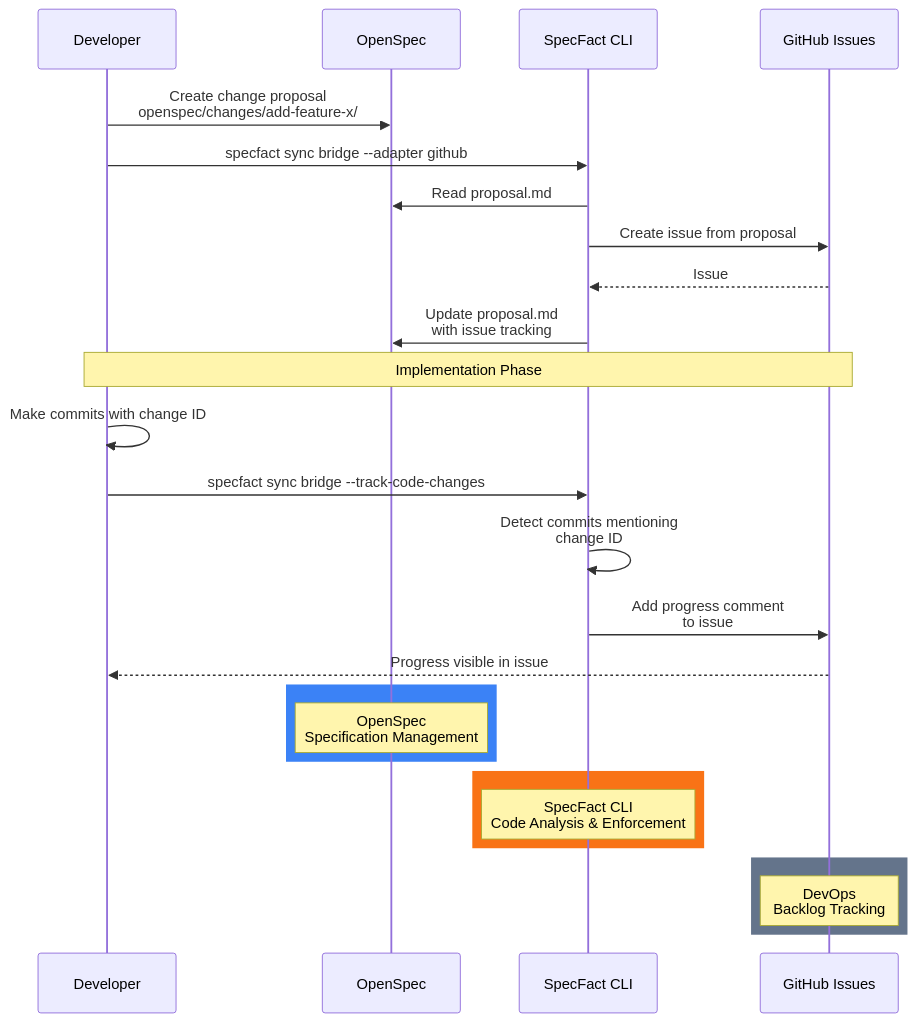
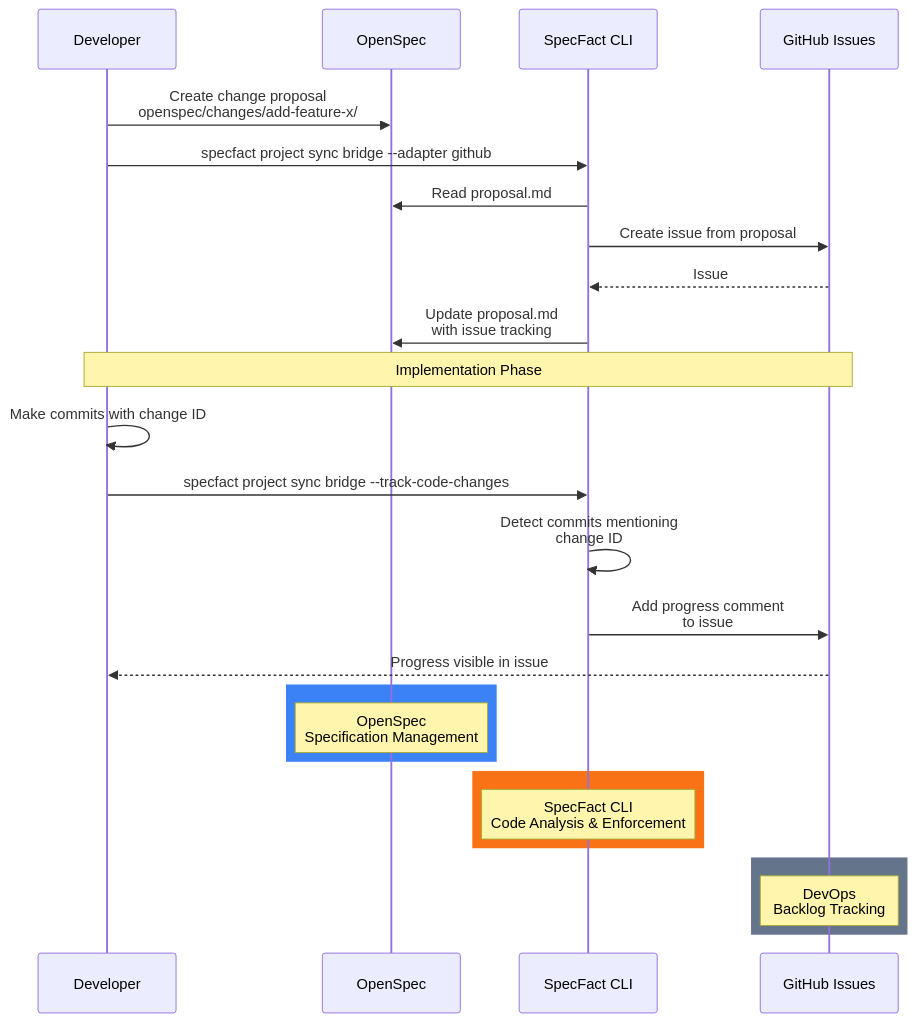
One commit to nold-ai/specfact-cli changed the second of 5 diagrams in docs/guides/openspec-journey.md. Above: the diagram before and after it, drawn with Mermaid. The commit also changed other lines of this file and 531 other files, not shown here.

````diff
--- a/docs/guides/openspec-journey.md
+++ b/docs/guides/openspec-journey.md
@@ -162,34 +162,34 @@
 ```mermaid
 sequenceDiagram
     participant Dev as Developer
     participant OS as OpenSpec
     participant SF as SpecFact CLI
     participant GH as GitHub Issues
     
     Dev->>OS: Create change proposal<br/>openspec/changes/add-feature-x/
-    Dev->>SF: specfact sync bridge --adapter github
+    Dev->>SF: specfact project sync bridge --adapter github
     SF->>OS: Read proposal.md
     SF->>GH: Create issue from proposal
     GH-->>SF: Issue #123 created
     SF->>OS: Update proposal.md<br/>with issue tracking
     
     Note over Dev,GH: Implementation Phase
     
     Dev->>Dev: Make commits with change ID
-    Dev->>SF: specfact sync bridge --track-code-changes
+    Dev->>SF: specfact project sync bridge --track-code-changes
     SF->>SF: Detect commits mentioning<br/>change ID
     SF->>GH: Add progress comment<br/>to issue #123
     GH-->>Dev: Progress visible in issue
     
     rect rgb(59, 130, 246)
     Note over OS: OpenSpec<br/>Specification Management
     end
     
     rect rgb(249, 115, 22)
     Note over SF: SpecFact CLI<br/>Code Analysis & Enforcement
     end
     
     rect rgb(100, 116, 139)
     Note over GH: DevOps<br/>Backlog Tracking
     end
 ```
````
